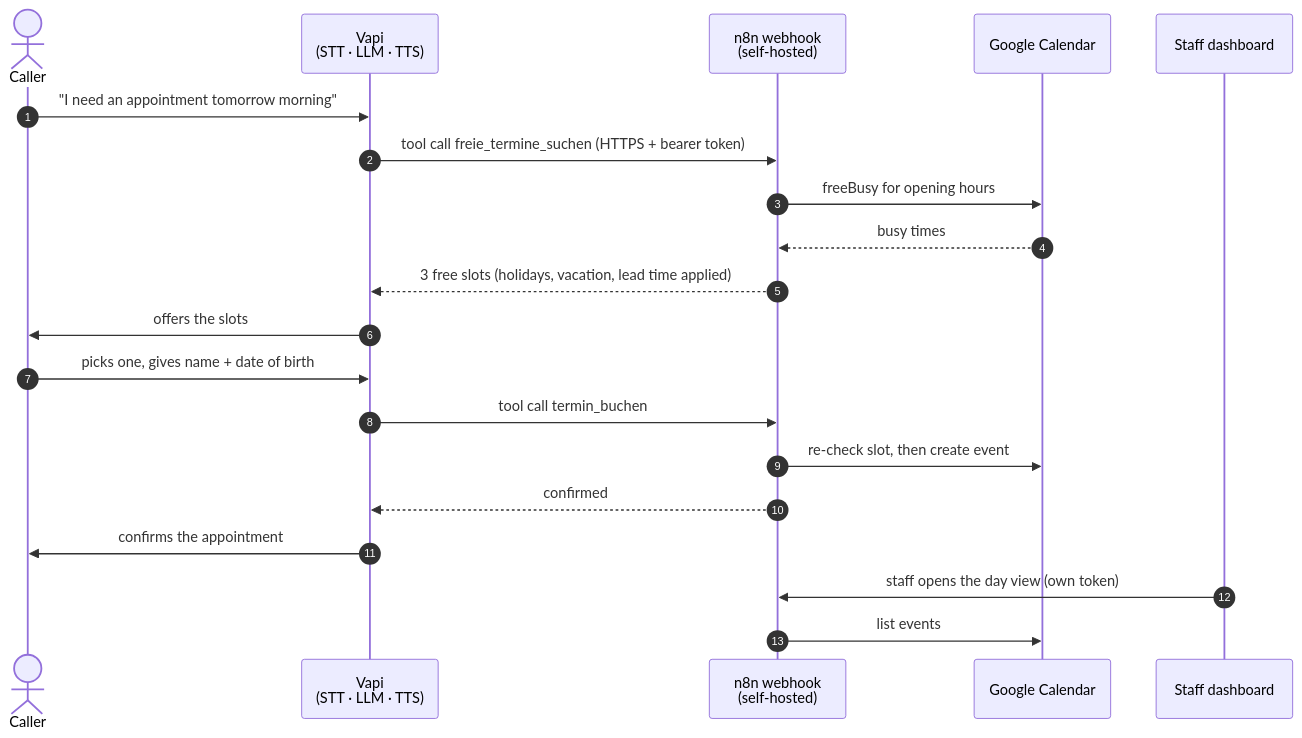
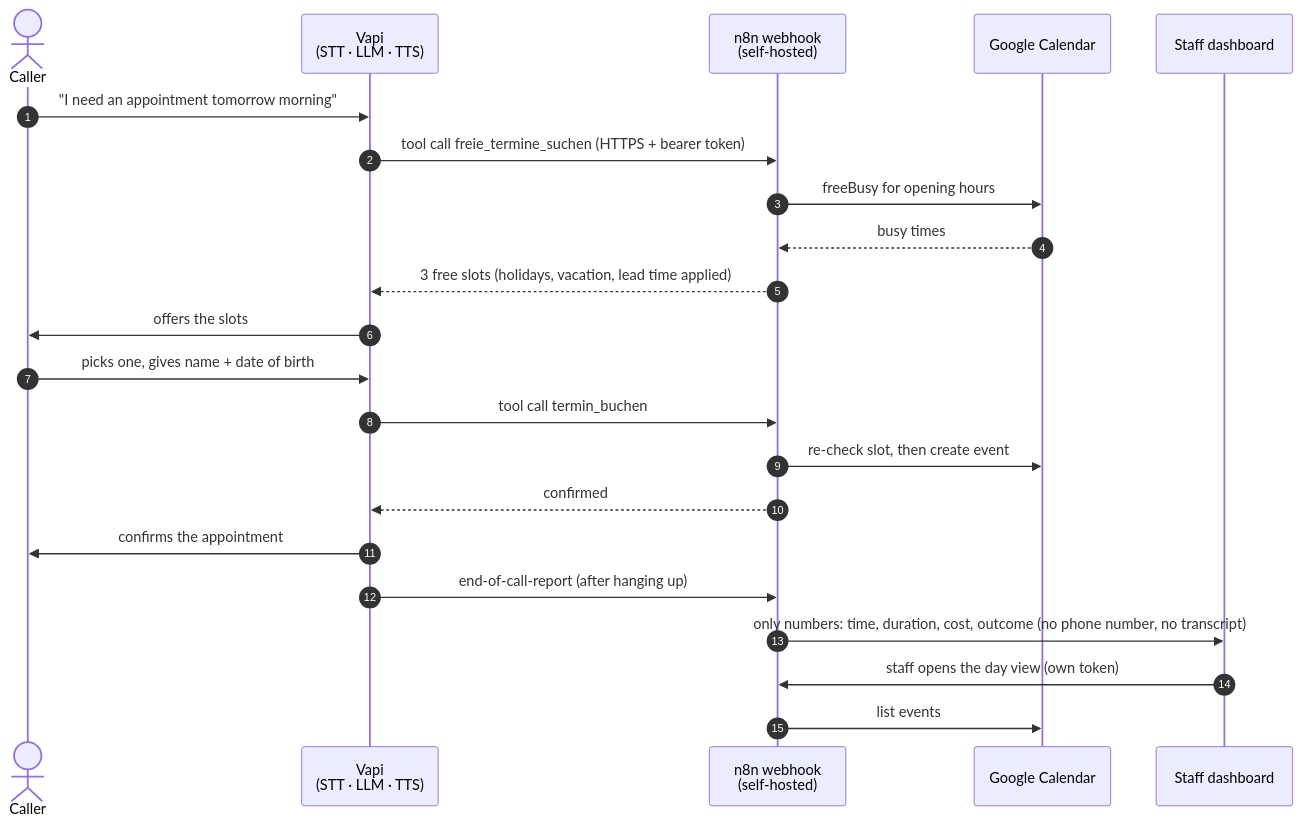
The diagram in README.md (joel1220-bmg/praxis-telefonassistent), drawn with Mermaid before and after one commit. The commit also changed other lines of this file and 17 other files, not shown here.

````diff
--- a/README.md
+++ b/README.md
@@ -20,22 +22,24 @@
 ```mermaid
 sequenceDiagram
     autonumber
     actor P as Caller
     participant V as Vapi<br/>(STT · LLM · TTS)
     participant N as n8n webhook<br/>(self-hosted)
     participant G as Google Calendar
     participant D as Staff dashboard
     P->>V: "I need an appointment tomorrow morning"
     V->>N: tool call freie_termine_suchen (HTTPS + bearer token)
     N->>G: freeBusy for opening hours
     G-->>N: busy times
     N-->>V: 3 free slots (holidays, vacation, lead time applied)
     V->>P: offers the slots
     P->>V: picks one, gives name + date of birth
     V->>N: tool call termin_buchen
     N->>G: re-check slot, then create event
     N-->>V: confirmed
     V->>P: confirms the appointment
+    V->>N: end-of-call-report (after hanging up)
+    N->>D: only numbers: time, duration, cost, outcome (no phone number, no transcript)
     D->>N: staff opens the day view (own token)
     N->>G: list events
 ```
````
